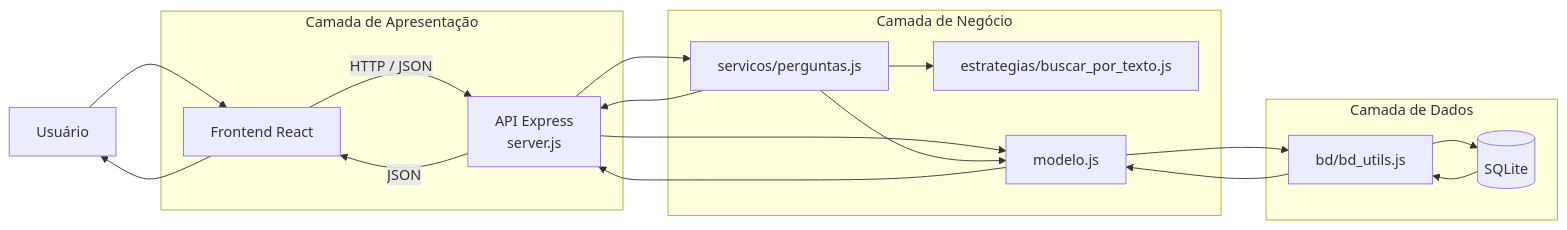
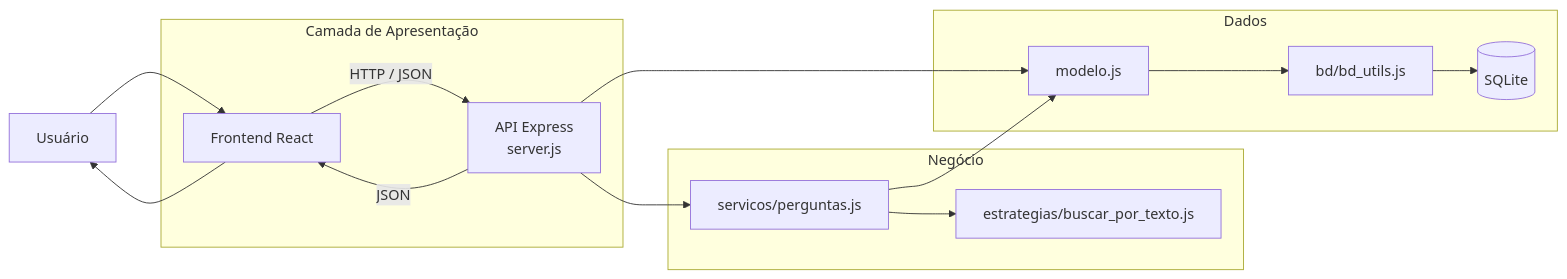
One commit to diastsx/esmforum changed the diagram in arquitetura.mmd. Above: the diagram before and after it, drawn with Mermaid. The commit also changed 11 other files, not shown here.

```diff
--- a/arquitetura.mmd
+++ b/arquitetura.mmd
@@ -1,37 +1,33 @@
 flowchart LR
     U[Usuário]
 
     subgraph Apresentacao["Camada de Apresentação"]
         F[Frontend React]
         API[API Express<br/>server.js]
     end
 
-    subgraph Negocio["Camada de Negócio"]
+    subgraph Negocio["Negócio"]
         S[servicos/perguntas.js]
         E[estrategias/buscar_por_texto.js]
-        M[modelo.js]
     end
 
-    subgraph Dados["Camada de Dados"]
+    subgraph Dados["Dados"]
+        M[modelo.js]
         BD[bd/bd_utils.js]
         DB[(SQLite)]
     end
 
     U --> F
     F -->|HTTP / JSON| API
 
     API --> S
     API --> M
 
     S --> E
     S --> M
 
     M --> BD
     BD --> DB
 
-    DB --> BD
-    BD --> M
-    M --> API
-    S --> API
     API -->|JSON| F
     F --> U
```
